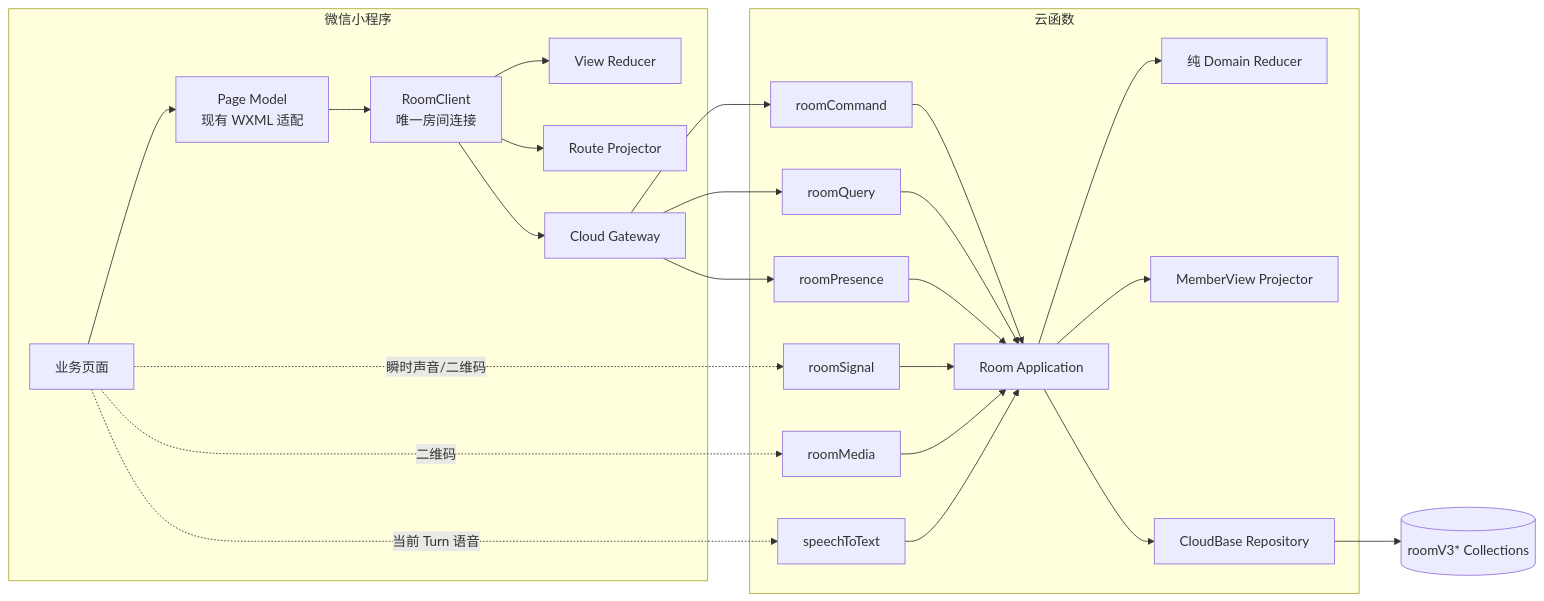
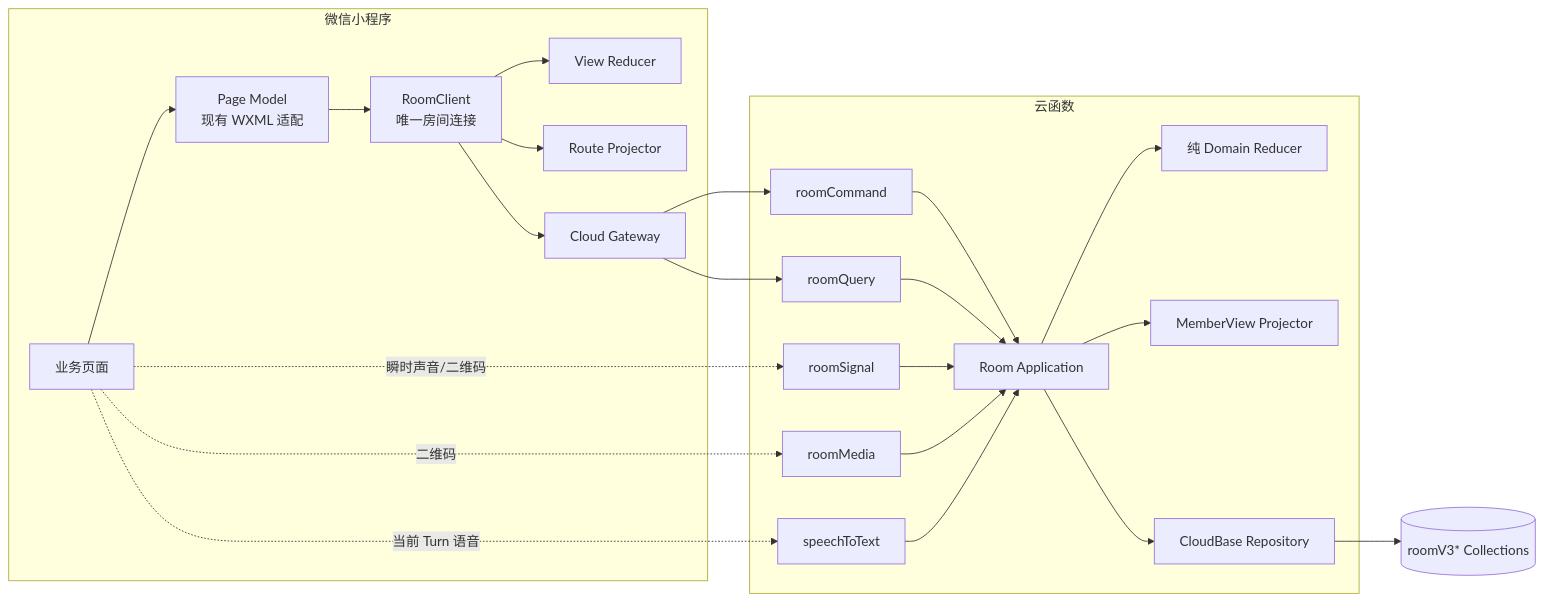
One commit to Bubble-419/cardboard-miniprogram changed the first of 18 diagrams in docs/ROOM_PROTOCOL_V3_IMPLEMENTATION.md. Above: the diagram before and after it, drawn with Mermaid. The commit also changed other lines of this file and 37 other files, not shown here.

````diff
--- a/docs/ROOM_PROTOCOL_V3_IMPLEMENTATION.md
+++ b/docs/ROOM_PROTOCOL_V3_IMPLEMENTATION.md
@@ -9,45 +9,42 @@
 ```mermaid
 flowchart LR
   subgraph MiniProgram[微信小程序]
     PAGE[业务页面]
     PM[Page Model<br/>现有 WXML 适配]
     RC[RoomClient<br/>唯一房间连接]
     VR[View Reducer]
     NAV[Route Projector]
     GW[Cloud Gateway]
     PAGE --> PM --> RC
     RC --> VR
     RC --> NAV
     RC --> GW
   end
 
   subgraph CloudFunctions[云函数]
     CMD[roomCommand]
     QUERY[roomQuery]
-    PRES[roomPresence]
     SIG[roomSignal]
     MEDIA[roomMedia]
     STT[speechToText]
     APP[Room Application]
     DOM[纯 Domain Reducer]
     PROJ[MemberView Projector]
     REPO[CloudBase Repository]
     CMD --> APP
     QUERY --> APP
-    PRES --> APP
     SIG --> APP
     MEDIA --> APP
     STT --> APP
     APP --> DOM
     APP --> PROJ
     APP --> REPO
   end
 
   GW --> CMD
   GW --> QUERY
-  GW --> PRES
   PAGE -.瞬时声音/二维码.-> SIG
   PAGE -.二维码.-> MEDIA
   PAGE -.当前 Turn 语音.-> STT
   REPO --> DB[(roomV3* Collections)]
 ```
````
